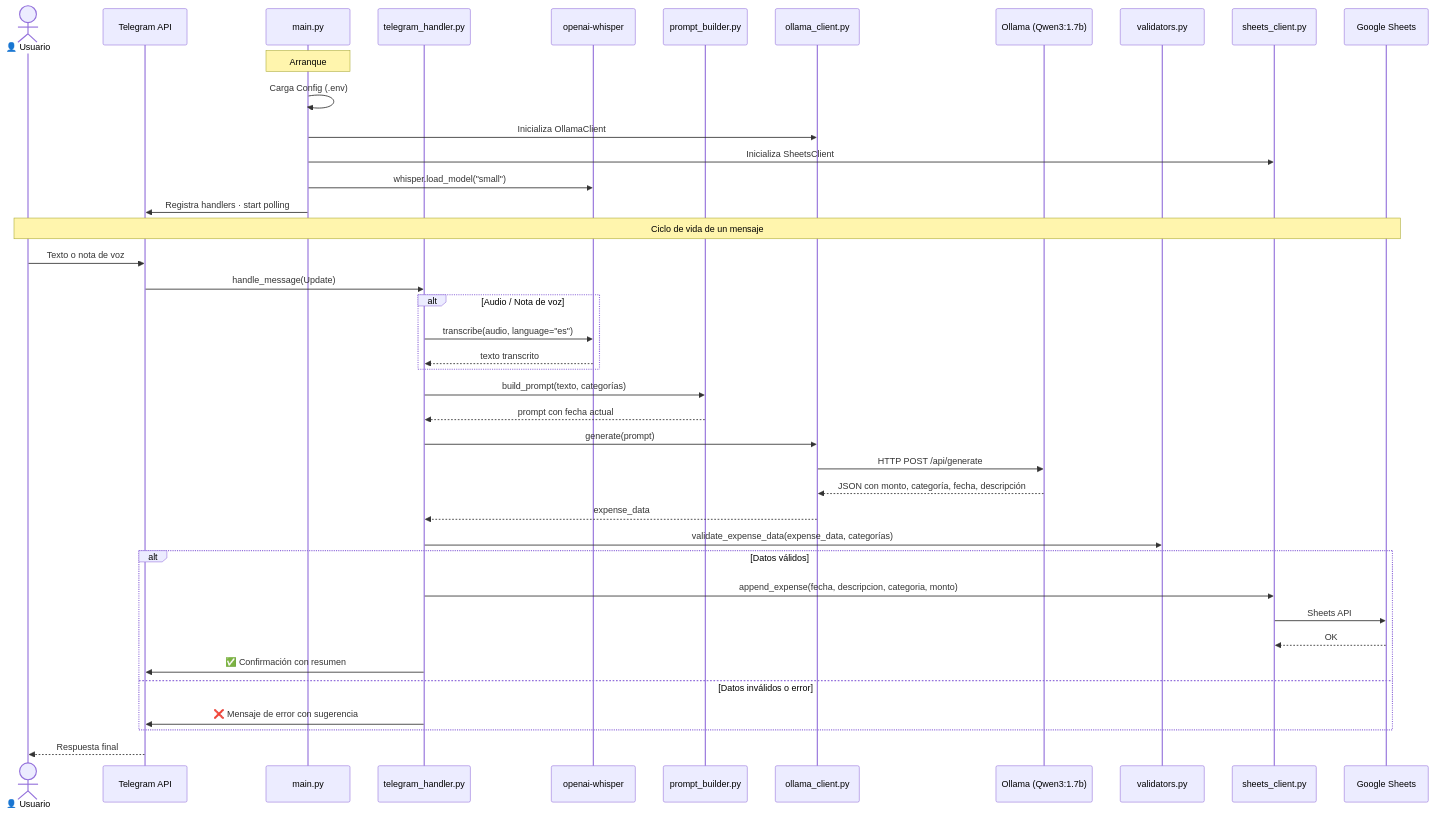
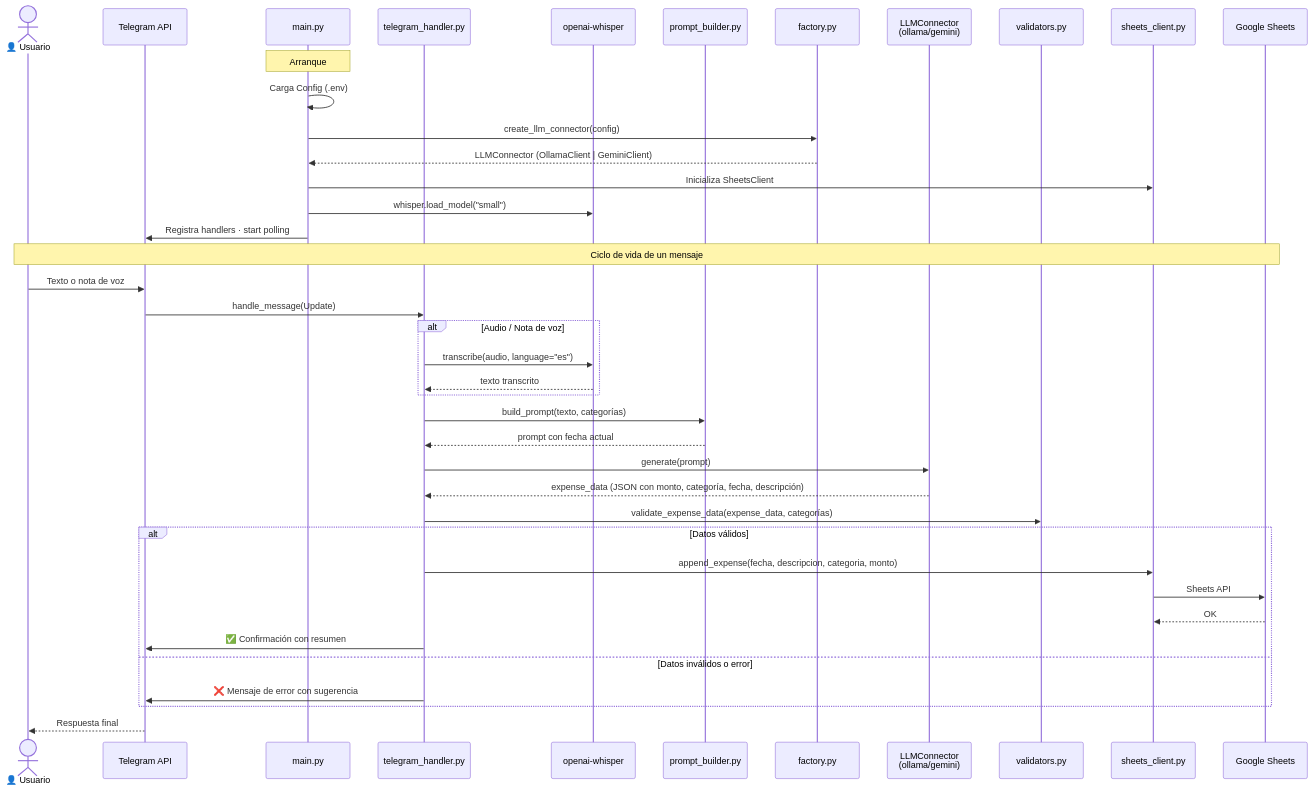
Before and after one commit to juaiglesias/telegram-bot-gastos-llm: the second of 2 diagrams in README.md, drawn with Mermaid. The commit also changed other lines of this file, not shown here.

````diff
--- a/README.md
+++ b/README.md
@@ -97,50 +104,49 @@
 ```mermaid
 sequenceDiagram
     actor User as 👤 Usuario
     participant TG as Telegram API
     participant Main as main.py
     participant Handler as telegram_handler.py
     participant Whisper as openai-whisper
     participant Prompt as prompt_builder.py
-    participant Ollama as ollama_client.py
-    participant OL as Ollama (Qwen3:1.7b)
+    participant LLMFactory as factory.py
+    participant LLMConn as LLMConnector<br/>(ollama/gemini)
     participant Val as validators.py
     participant Sheets as sheets_client.py
     participant GS as Google Sheets
 
     Note over Main: Arranque
     Main->>Main: Carga Config (.env)
-    Main->>Ollama: Inicializa OllamaClient
+    Main->>LLMFactory: create_llm_connector(config)
+    LLMFactory-->>Main: LLMConnector (OllamaClient | GeminiClient)
     Main->>Sheets: Inicializa SheetsClient
     Main->>Whisper: whisper.load_model("small")
     Main->>TG: Registra handlers · start polling
 
     Note over User,GS: Ciclo de vida de un mensaje
     User->>TG: Texto o nota de voz
     TG->>Handler: handle_message(Update)
 
     alt Audio / Nota de voz
         Handler->>Whisper: transcribe(audio, language="es")
         Whisper-->>Handler: texto transcrito
     end
 
     Handler->>Prompt: build_prompt(texto, categorías)
     Prompt-->>Handler: prompt con fecha actual
-    Handler->>Ollama: generate(prompt)
-    Ollama->>OL: HTTP POST /api/generate
-    OL-->>Ollama: JSON con monto, categoría, fecha, descripción
-    Ollama-->>Handler: expense_data
+    Handler->>LLMConn: generate(prompt)
+    LLMConn-->>Handler: expense_data (JSON con monto, categoría, fecha, descripción)
 
     Handler->>Val: validate_expense_data(expense_data, categorías)
 
     alt Datos válidos
         Handler->>Sheets: append_expense(fecha, descripcion, categoria, monto)
         Sheets->>GS: Sheets API
         GS-->>Sheets: OK
         Handler->>TG: ✅ Confirmación con resumen
     else Datos inválidos o error
         Handler->>TG: ❌ Mensaje de error con sugerencia
     end
 
     TG-->>User: Respuesta final
 ```
````
